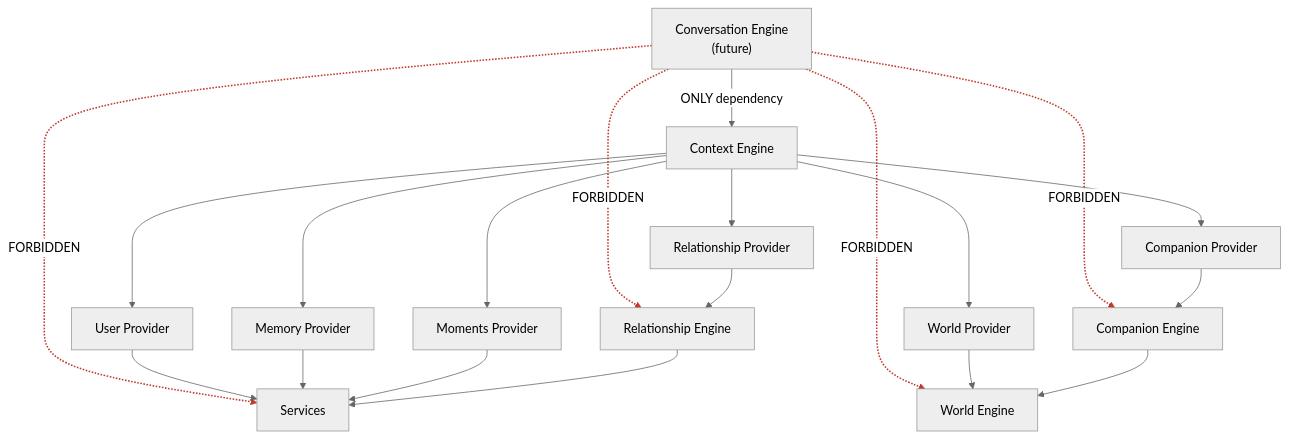
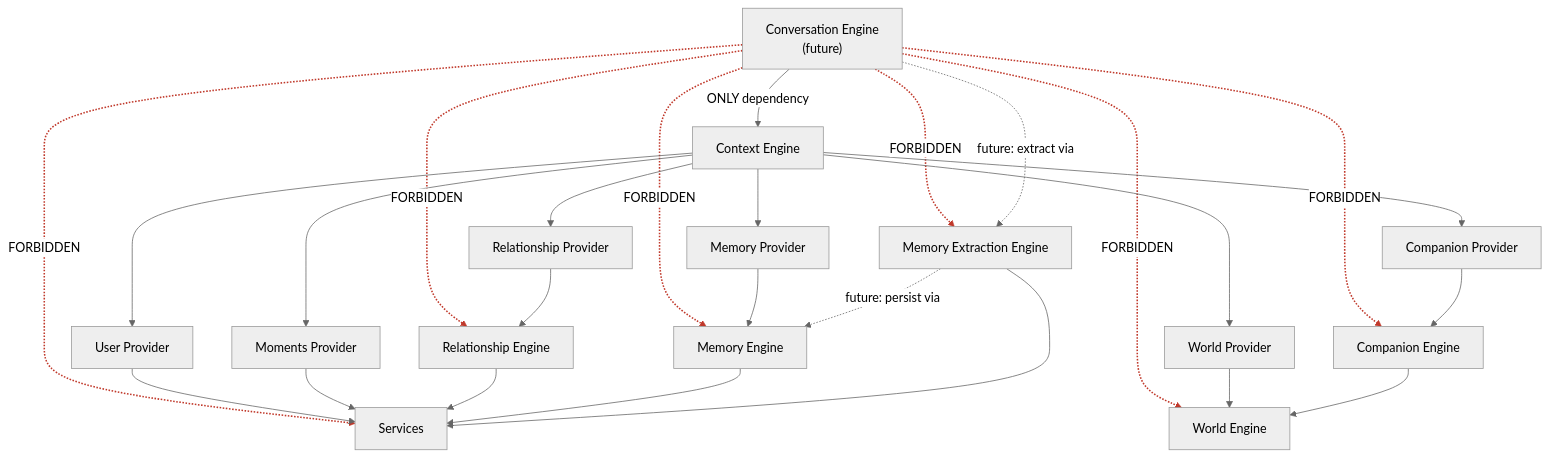
One commit to shubhamagar123/featherlite changed the second of 3 diagrams in src/engines/context/README.md. Above: the diagram before and after it, drawn with Mermaid (neutral theme). The commit also changed other lines of this file and 17 other files, not shown here.

First line of the commit message:
refactor: separate memory architecture into extraction and storage engines

````diff
--- a/src/engines/context/README.md
+++ b/src/engines/context/README.md
@@ -92,32 +92,41 @@
 ```mermaid
 flowchart TD
     CVE["Conversation Engine<br/>(future)"]
 
     CVE -->|"ONLY dependency"| CTX["Context Engine"]
 
     CVE -. FORBIDDEN .-> WE["World Engine"]
     CVE -. FORBIDDEN .-> CE["Companion Engine"]
     CVE -. FORBIDDEN .-> RE["Relationship Engine"]
+    CVE -. FORBIDDEN .-> MEE["Memory Extraction Engine"]
+    CVE -. FORBIDDEN .-> ME["Memory Engine"]
     CVE -. FORBIDDEN .-> SVC["Services"]
 
     CTX --> UP["User Provider"]
     CTX --> CP["Companion Provider"]
     CTX --> WP["World Provider"]
     CTX --> RP["Relationship Provider"]
     CTX --> MP["Memory Provider"]
     CTX --> OP["Moments Provider"]
 
     WP --> WE
     CP --> CE
     RP --> RE
+    MP --> ME
     UP --> SVC
-    MP --> SVC
     OP --> SVC
     CE --> WE
     RE --> SVC
+    ME --> SVC
+    MEE --> SVC
+
+    CVE -.->|future: extract via| MEE
+    MEE -.->|future: persist via| ME
 
     linkStyle 1 stroke:#c0392b,stroke-width:2px
     linkStyle 2 stroke:#c0392b,stroke-width:2px
     linkStyle 3 stroke:#c0392b,stroke-width:2px
     linkStyle 4 stroke:#c0392b,stroke-width:2px
+    linkStyle 5 stroke:#c0392b,stroke-width:2px
+    linkStyle 6 stroke:#c0392b,stroke-width:2px
 ```
````
